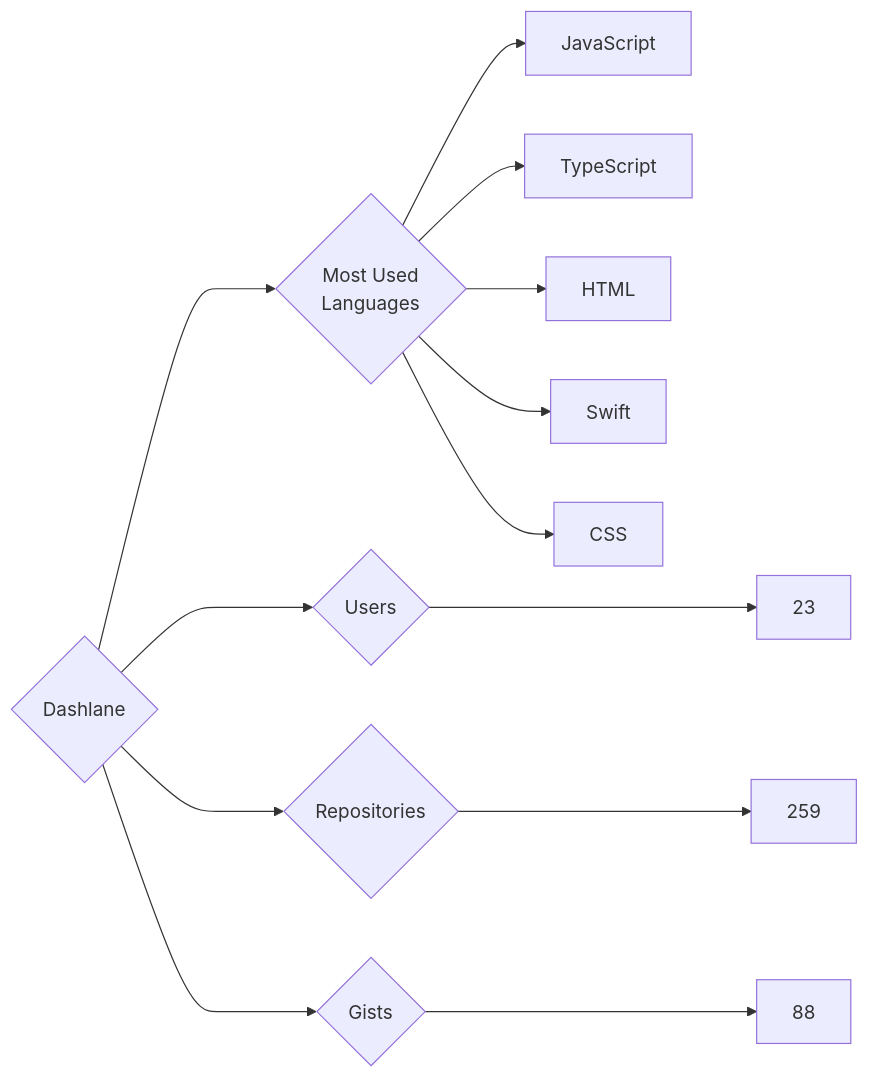
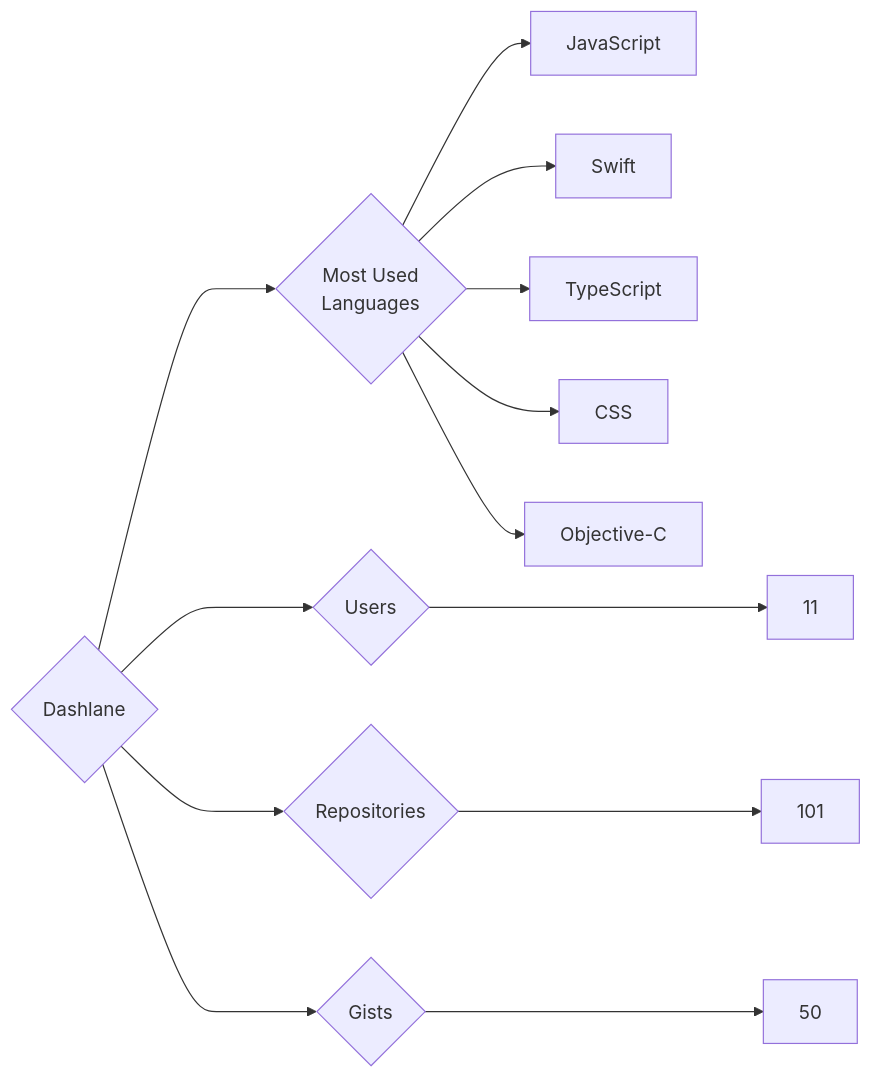
One commit to trickest/insiders changed the diagram in targets/Dashlane/README.md. Above: the diagram before and after it, drawn with Mermaid. The commit also changed 930 other files, not shown here.

````diff
--- a/targets/Dashlane/README.md
+++ b/targets/Dashlane/README.md
@@ -3,13 +3,13 @@
 ```mermaid
 graph LR
 COMPANY_NAME{Dashlane}
-COMPANY_NAME ---> U{Users} ---> UN[23]
-COMPANY_NAME ---> R{Repositories} ---> RN[259]
-COMPANY_NAME ---> G{Gists} ---> GN[88]
+COMPANY_NAME ---> U{Users} ---> UN[11]
+COMPANY_NAME ---> R{Repositories} ---> RN[101]
+COMPANY_NAME ---> G{Gists} ---> GN[50]
 COMPANY_NAME ---> ML{Most Used<br>Languages}
 ML --> JavaScript[JavaScript]
+ML --> Swift[Swift]
 ML --> TypeScript[TypeScript]
-ML --> HTML[HTML]
-ML --> Swift[Swift]
 ML --> CSS[CSS]
+ML --> Objective-C[Objective-C]
 ```
````
